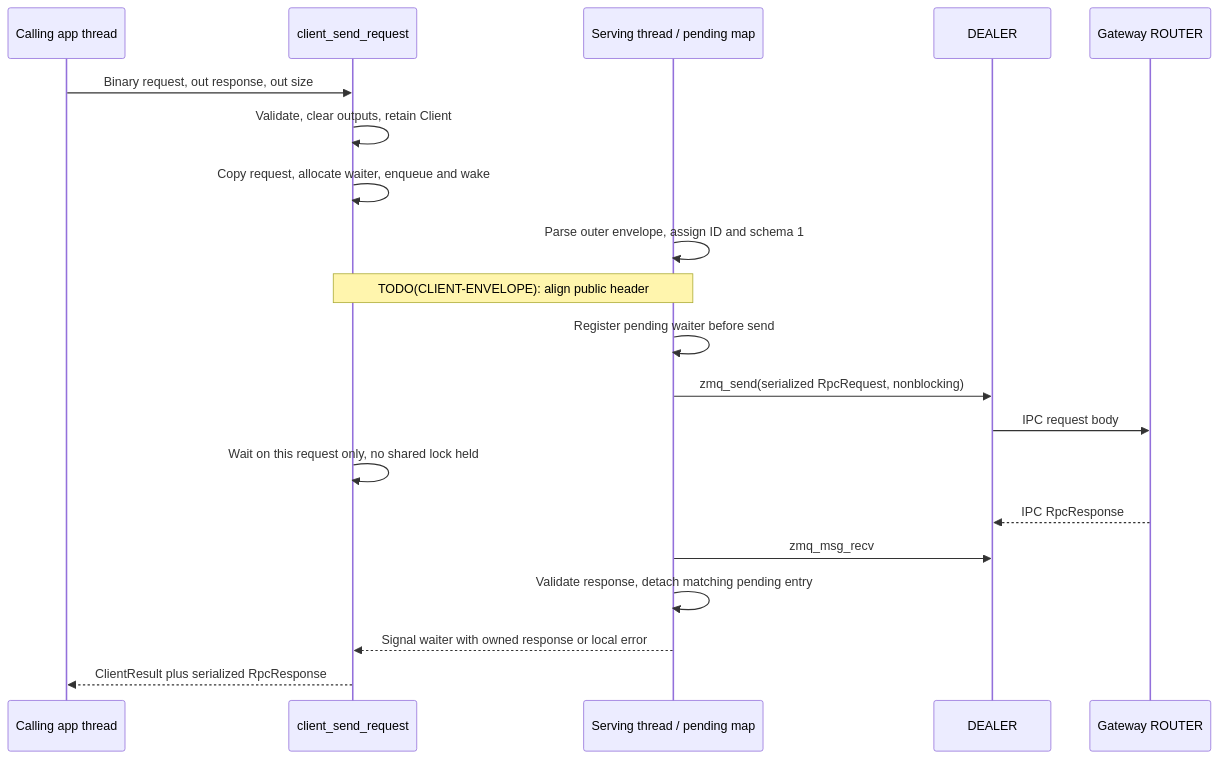
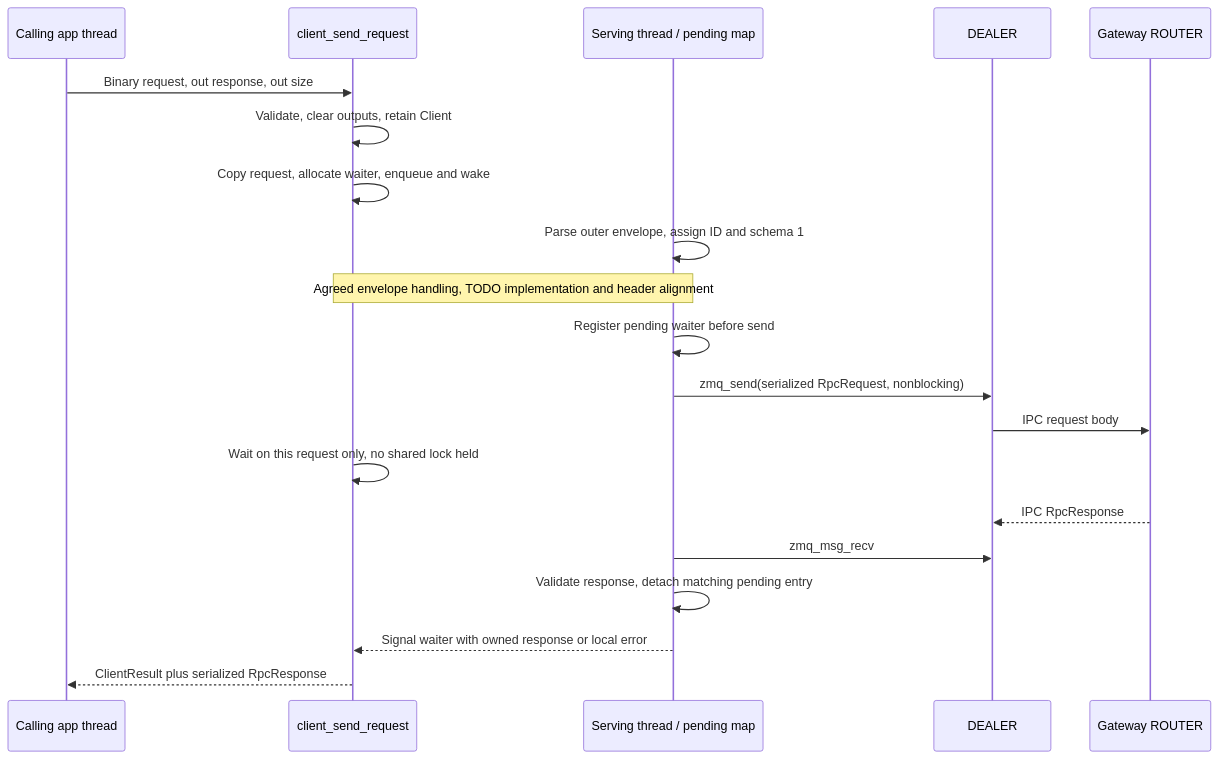
Before and after one commit to rdkcentral/eyil-secure-gateway: the fifth of 26 diagrams in doc/EyilSecureGateway.md, drawn with Mermaid. The commit also changed other lines of this file, not shown here.

Commit message:
RDKEMW-27976: Implementation spec review part 1

````diff
--- a/doc/EyilSecureGateway.md
+++ b/doc/EyilSecureGateway.md
@@ -581,22 +594,22 @@
 ```mermaid
 sequenceDiagram
     participant A as Calling app thread
     participant API as client_send_request
     participant IO as Serving thread / pending map
     participant Z as DEALER
     participant G as Gateway ROUTER
     A->>API: Binary request, out response, out size
     API->>API: Validate, clear outputs, retain Client
     API->>API: Copy request, allocate waiter, enqueue and wake
     IO->>IO: Parse outer envelope, assign ID and schema 1
-    Note over API,IO: TODO(CLIENT-ENVELOPE): align public header
+    Note over API,IO: Agreed envelope handling, TODO implementation and header alignment
     IO->>IO: Register pending waiter before send
     IO->>Z: zmq_send(serialized RpcRequest, nonblocking)
     Z->>G: IPC request body
     API->>API: Wait on this request only, no shared lock held
     G-->>Z: IPC RpcResponse
     IO->>Z: zmq_msg_recv
     IO->>IO: Validate response, detach matching pending entry
     IO-->>API: Signal waiter with owned response or local error
     API-->>A: ClientResult plus serialized RpcResponse
 ```
````
